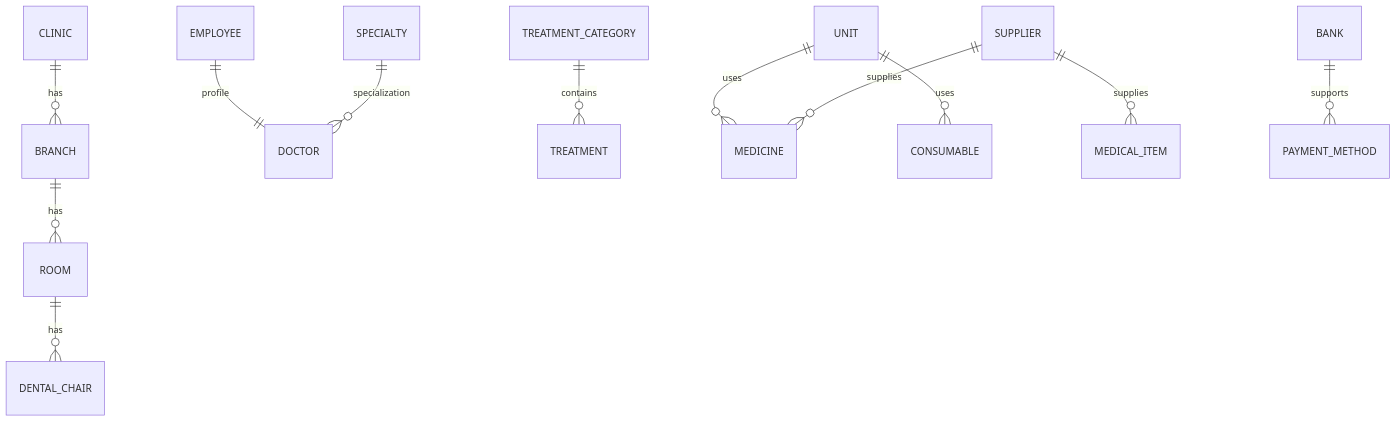
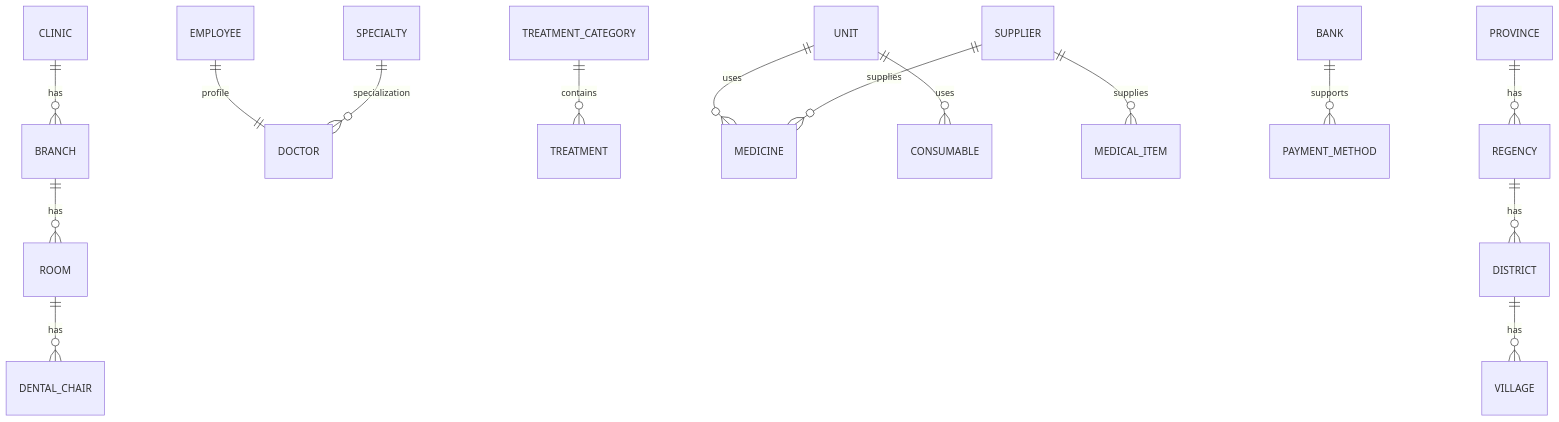
The tenth of 14 diagrams in docs/03-sad/11-module-master-data.md (suryasun/paradenta-medika), drawn with Mermaid before and after one commit. The commit also changed other lines of this file and 16 other files, not shown here.

````diff
--- a/docs/03-sad/11-module-master-data.md
+++ b/docs/03-sad/11-module-master-data.md
@@ -1652,25 +1799,31 @@
 ```mermaid
 erDiagram
 
 CLINIC ||--o{ BRANCH : has
 
 BRANCH ||--o{ ROOM : has
 
 ROOM ||--o{ DENTAL_CHAIR : has
 
 EMPLOYEE ||--|| DOCTOR : profile
 
 SPECIALTY ||--o{ DOCTOR : specialization
 
 TREATMENT_CATEGORY ||--o{ TREATMENT : contains
 
 UNIT ||--o{ MEDICINE : uses
 
 UNIT ||--o{ CONSUMABLE : uses
 
 SUPPLIER ||--o{ MEDICINE : supplies
 
 SUPPLIER ||--o{ MEDICAL_ITEM : supplies
 
 BANK ||--o{ PAYMENT_METHOD : supports
+
+PROVINCE ||--o{ REGENCY : has
+
+REGENCY ||--o{ DISTRICT : has
+
+DISTRICT ||--o{ VILLAGE : has
 ```
````
